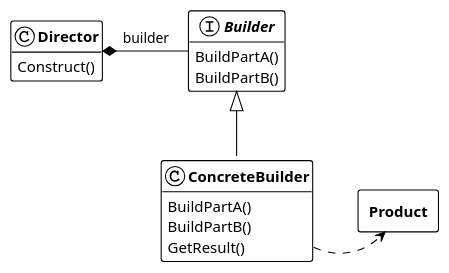
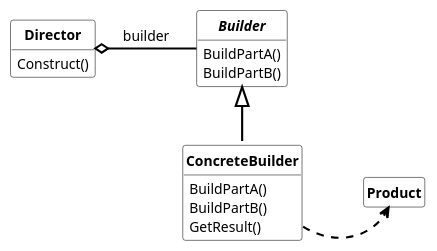
The first of 2 diagrams in creational_patterns/builder/builder.md (dst80/design-patterns), drawn with PlantUML before and after one commit. The commit also changed other lines of this file and 11 other files, not shown here.

````diff
--- a/creational_patterns/builder/builder.md
+++ b/creational_patterns/builder/builder.md
@@ -7,27 +5,46 @@
 ```plantuml
 @startuml simple_builder
-!theme plain
+skinparam ranksep 50
+skinparam nodesep 50
+skinparam class {
+  FontSize 13
+  AttributeFontSize 13
+  FontStyle bold
+  BackgroundColor transparent
+  BorderColor black
+}
+skinparam arrow {
+  Color black
+  FontColor black
+  Thickness 2
+}
+skinparam note {
+  BackgroundColor transparent
+  BorderColor black
+}
+hide circle
 hide fields
-class "**Director**" as Director {
+class Director {
     Construct()
 }
 
-interface "**Builder**" as Builder {
+interface Builder {
     BuildPartA()
     BuildPartB()
 }
 
-class "**ConcreteBuilder**" as ConcreteBuilder {
+class ConcreteBuilder extends Builder {
     BuildPartA()
     BuildPartB()
     GetResult()
 }
 
-rectangle "**Product**" as Product {
-}
+class Product
+hide Product members
 
-Director *---r Builder : builder
-Builder <|-- ConcreteBuilder
-ConcreteBuilder::GetResult -r..> Product
+Director o---r Builder : builder
+
+ConcreteBuilder::GetResult -right.> Product
+
 @enduml
 ```
````
